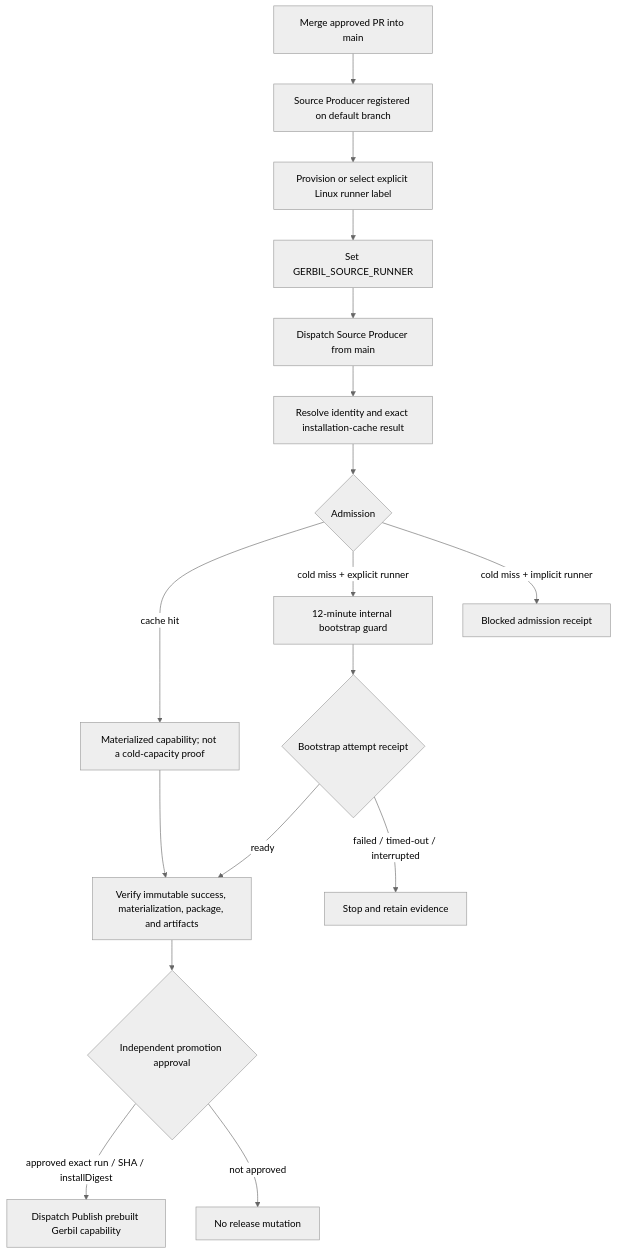
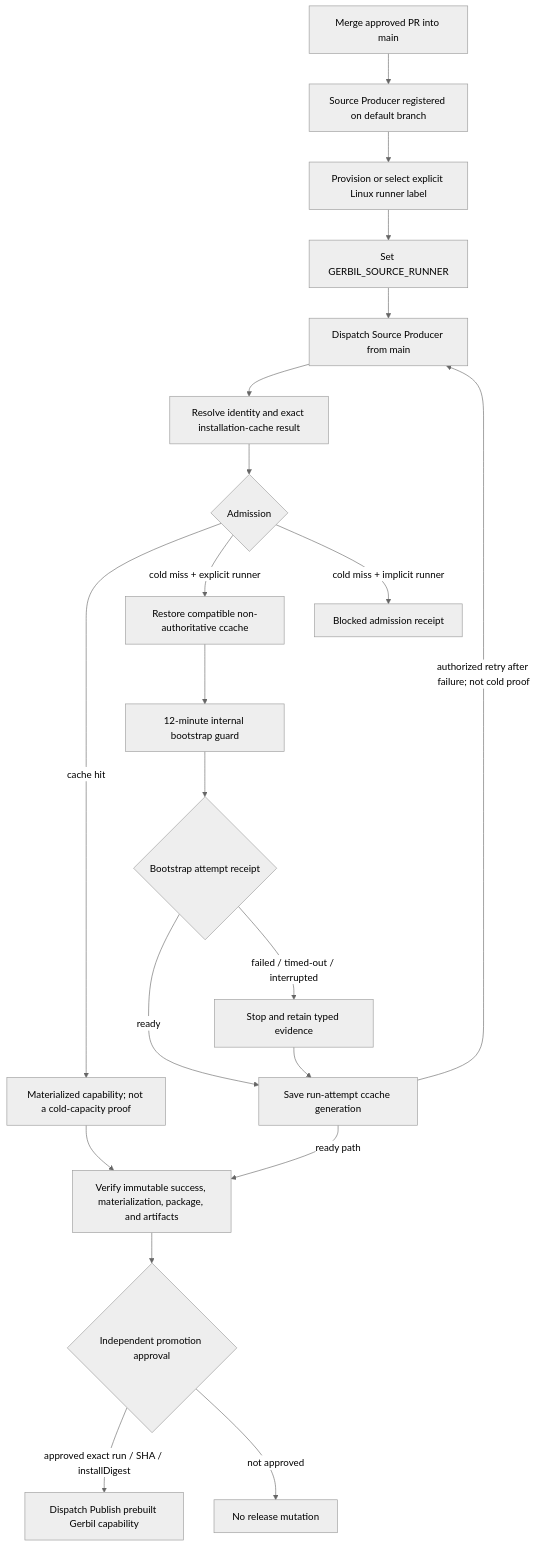
The diagram in docs/runbooks/source-producer-v1.org (tao3k/gerbil-bazel), drawn with Mermaid (neutral theme) before and after one commit. The commit also changed other lines of this file and 5 other files, not shown here.

```diff
--- a/docs/runbooks/source-producer-v1.org
+++ b/docs/runbooks/source-producer-v1.org
@@ -18,19 +18,23 @@
 #+begin_src mermaid
 flowchart TD
   A["Merge approved PR into main"] --> B["Source Producer registered on default branch"]
   B --> C["Provision or select explicit Linux runner label"]
   C --> D["Set GERBIL_SOURCE_RUNNER"]
   D --> E["Dispatch Source Producer from main"]
   E --> F["Resolve identity and exact installation-cache result"]
   F --> G{"Admission"}
   G -->|"cache hit"| H["Materialized capability; not a cold-capacity proof"]
-  G -->|"cold miss + explicit runner"| I["12-minute internal bootstrap guard"]
+  G -->|"cold miss + explicit runner"| I["Restore compatible non-authoritative ccache"]
   G -->|"cold miss + implicit runner"| J["Blocked admission receipt"]
-  I --> K{"Bootstrap attempt receipt"}
-  K -->|"ready"| L["Verify immutable success, materialization, package, and artifacts"]
-  K -->|"failed / timed-out / interrupted"| M["Stop and retain evidence"]
+  I --> Q["12-minute internal bootstrap guard"]
+  Q --> K{"Bootstrap attempt receipt"}
+  K -->|"ready"| R["Save run-attempt ccache generation"]
+  K -->|"failed / timed-out / interrupted"| M["Stop and retain typed evidence"]
+  M --> R
+  R -->|"ready path"| L["Verify immutable success, materialization, package, and artifacts"]
+  R -->|"authorized retry after failure; not cold proof"| E
   H --> L
   L --> N{"Independent promotion approval"}
   N -->|"approved exact run / SHA / installDigest"| O["Dispatch Publish prebuilt Gerbil capability"]
   N -->|"not approved"| P["No release mutation"]
 #+end_src
```
